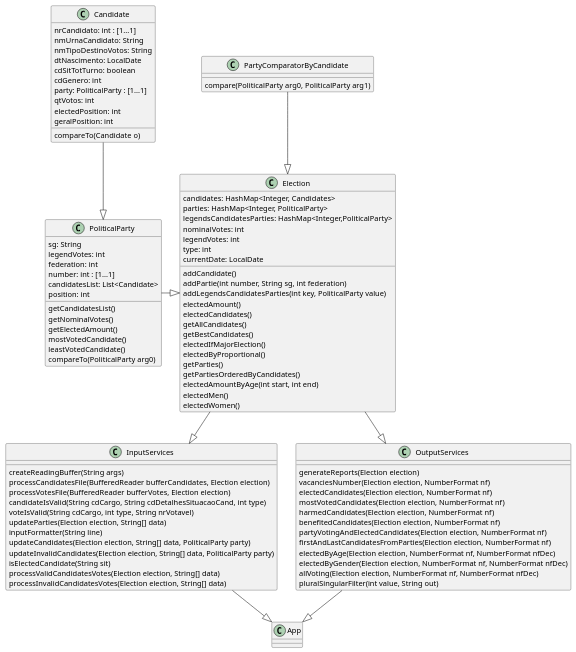
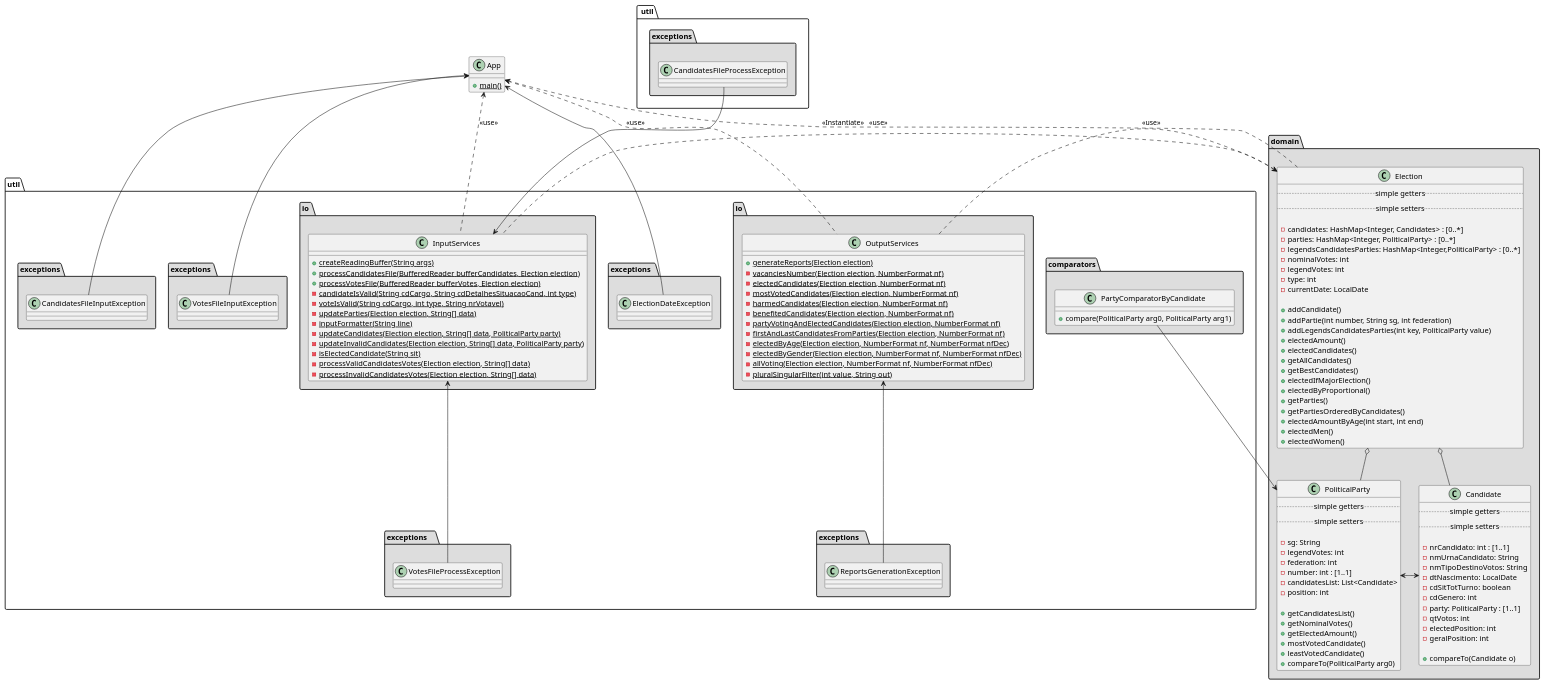
Before and after one commit to vortex2jm/2022-election-analysis: the diagram in uml.puml, drawn with PlantUML.

Commit message:
:memo: updating uml diagram

```diff
--- a/uml.puml
+++ b/uml.puml
@@ -1,105 +1,164 @@
-@startuml electionAnalysis
+@startuml br.ufes.edu.jh.domain
 
-class Candidate{
-    nrCandidato: int : [1...1]
-    nmUrnaCandidato: String
-    nmTipoDestinoVotos: String
-    dtNascimento: LocalDate
-    cdSitTotTurno: boolean
-    cdGenero: int
-    party: PoliticalParty : [1...1]
-    qtVotos: int
-    electedPosition: int
-    geralPosition: int
 
-    compareTo(Candidate o)
+class App{
+    +{static}main()
 }
 
-class Election{
-    candidates: HashMap<Integer, Candidates>
-    parties: HashMap<Integer, PoliticalParty>
-    legendsCandidatesParties: HashMap<Integer,PoliticalParty>
-    nominalVotes: int
-    legendVotes: int
-    type: int
-    currentDate: LocalDate
+package "domain" #DDDDDD{
+    class Candidate{
+    ..simple getters..
+    ..simple setters..
 
-    addCandidate()
-    addPartie(int number, String sg, int federation)
-    addLegendsCandidatesParties(int key, PoliticalParty value)
-    electedAmount()
-    electedCandidates()
-    getAllCandidates()
-    getBestCandidates()
-    electedIfMajorElection()
-    electedByProportional()
-    getParties()
-    getPartiesOrderedByCandidates()
-    electedAmountByAge(int start, int end)
-    electedMen()
-    electedWomen()
+    -nrCandidato: int : [1..1]
+    -nmUrnaCandidato: String
+    -nmTipoDestinoVotos: String
+    -dtNascimento: LocalDate
+    -cdSitTotTurno: boolean
+    -cdGenero: int
+    -party: PoliticalParty : [1..1]
+    -qtVotos: int
+    -electedPosition: int
+    -geralPosition: int
+
+    +compareTo(Candidate o)
+    }
+
+    class Election{
+        ..simple getters..
+        ..simple setters..
+
+        -candidates: HashMap<Integer, Candidates> : [0..*]
+        -parties: HashMap<Integer, PoliticalParty> : [0..*]
+        -legendsCandidatesParties: HashMap<Integer,PoliticalParty> : [0..*]
+        -nominalVotes: int
+        -legendVotes: int
+        -type: int
+        -currentDate: LocalDate
+
+        +addCandidate()
+        +addPartie(int number, String sg, int federation)
+        +addLegendsCandidatesParties(int key, PoliticalParty value)
+        +electedAmount()
+        +electedCandidates()
+        +getAllCandidates()
+        +getBestCandidates()
+        +electedIfMajorElection()
+        +electedByProportional()
+        +getParties()
+        +getPartiesOrderedByCandidates()
+        +electedAmountByAge(int start, int end)
+        +electedMen()
+        +electedWomen()
+    }
+
+    class PoliticalParty{
+        ..simple getters..
+        ..simple setters..
+
+        -sg: String
+        -legendVotes: int
+        -federation: int
+        -number: int : [1..1]
+        -candidatesList: List<Candidate>
+        -position: int
+
+        +getCandidatesList()
+        +getNominalVotes()
+        +getElectedAmount()
+        +mostVotedCandidate()
+        +leastVotedCandidate()
+        +compareTo(PoliticalParty arg0)
+    }
 }
 
-class PoliticalParty{
-    sg: String
-    legendVotes: int
-    federation: int
-    number: int : [1...1]
-    candidatesList: List<Candidate>
-    position: int
-
-    getCandidatesList()
-    getNominalVotes()
-    getElectedAmount()
-    mostVotedCandidate()
-    leastVotedCandidate()
-    compareTo(PoliticalParty arg0)
+package "util.comparators" #DDDDDD{
+    class PartyComparatorByCandidate{
+    +compare(PoliticalParty arg0, PoliticalParty arg1)
+    }
 }
 
-class InputServices{
-    createReadingBuffer(String args)
-    processCandidatesFile(BufferedReader bufferCandidates, Election election)
-    processVotesFile(BufferedReader bufferVotes, Election election)
-    candidateIsValid(String cdCargo, String cdDetalhesSituacaoCand, int type)
-    voteIsValid(String cdCargo, int type, String nrVotavel)
-    updateParties(Election election, String[] data)
-    inputFormatter(String line)
-    updateCandidates(Election election, String[] data, PoliticalParty party)
-    updateInvalidCandidates(Election election, String[] data, PoliticalParty party)
-    isElectedCandidate(String sit)
-    processValidCandidatesVotes(Election election, String[] data)
-    processInvalidCandidatesVotes(Election election, String[] data)
+package "util.io" #DDDDDD{
+    class OutputServices{
+        +{static}generateReports(Election election)
+        -{static}vacanciesNumber(Election election, NumberFormat nf)
+        -{static}electedCandidates(Election election, NumberFormat nf)
+        -{static}mostVotedCandidates(Election election, NumberFormat nf)
+        -{static}harmedCandidates(Election election, NumberFormat nf)
+        -{static}benefitedCandidates(Election election, NumberFormat nf)
+        -{static}partyVotingAndElectedCandidates(Election election, NumberFormat nf)
+        -{static}firstAndLastCandidatesFromParties(Election election, NumberFormat nf)
+        -{static}electedByAge(Election election, NumberFormat nf, NumberFormat nfDec)
+        -{static}electedByGender(Election election, NumberFormat nf, NumberFormat nfDec)
+        -{static}allVoting(Election election, NumberFormat nf, NumberFormat nfDec)
+        -{static}pluralSingularFilter(int value, String out)
+    }
 }
 
-class OutputServices{
-    generateReports(Election election)
-    vacanciesNumber(Election election, NumberFormat nf)
-    electedCandidates(Election election, NumberFormat nf)
-    mostVotedCandidates(Election election, NumberFormat nf)
-    harmedCandidates(Election election, NumberFormat nf)
-    benefitedCandidates(Election election, NumberFormat nf)
-    partyVotingAndElectedCandidates(Election election, NumberFormat nf)
-    firstAndLastCandidatesFromParties(Election election, NumberFormat nf)
-    electedByAge(Election election, NumberFormat nf, NumberFormat nfDec)
-    electedByGender(Election election, NumberFormat nf, NumberFormat nfDec)
-    allVoting(Election election, NumberFormat nf, NumberFormat nfDec)
-    pluralSingularFilter(int value, String out)
+package "util.io " #DDDDDD{
+    class InputServices{
+        +{static}createReadingBuffer(String args)
+        +{static}processCandidatesFile(BufferedReader bufferCandidates, Election election)
+        +{static}processVotesFile(BufferedReader bufferVotes, Election election)
+        -{static}candidateIsValid(String cdCargo, String cdDetalhesSituacaoCand, int type)
+        -{static}voteIsValid(String cdCargo, int type, String nrVotavel)
+        -{static}updateParties(Election election, String[] data)
+        -{static}inputFormatter(String line)
+        -{static}updateCandidates(Election election, String[] data, PoliticalParty party)
+        -{static}updateInvalidCandidates(Election election, String[] data, PoliticalParty party)
+        -{static}isElectedCandidate(String sit)
+        -{static}processValidCandidatesVotes(Election election, String[] data)
+        -{static}processInvalidCandidatesVotes(Election election, String[] data)
+    }
 }
 
-class PartyComparatorByCandidate{
-    compare(PoliticalParty arg0, PoliticalParty arg1)
+package "util.exceptions" #DDDDDD{
+    class CandidatesFileInputException
 }
 
-class App
+package "util.exceptions " #DDDDDD{
+    class VotesFileInputException
+}
 
-Candidate --|> PoliticalParty
-PoliticalParty -|> Election
-PartyComparatorByCandidate --|> Election
+package "util.exceptions  " #DDDDDD{
+    class ElectionDateException
+}
 
-Election --|> InputServices
-Election --|> OutputServices
+package "util.exceptions   " #DDDDDD{
+    class ReportsGenerationException
+}
 
-InputServices --|> App
-OutputServices --|> App
+package "util.exceptions    " #DDDDDD{
+    class VotesFileProcessException
+}
+
+package " util.exceptions" #DDDDDD{
+    class CandidatesFileProcessException
+}
+
+App <.down. Election: <<Instantiate>>
+
+Election  <.left. OutputServices: <<use>>
+Election  <.right.InputServices: <<use>>
+
+App <.. InputServices: <<use>>
+App  <.. OutputServices: <<use>>
+
+Election o-- PoliticalParty
+Election o-- Candidate
+
+Candidate <-right-> PoliticalParty
+
+PoliticalParty <-down- PartyComparatorByCandidate
+
+App <-right- CandidatesFileInputException
+App <-left- VotesFileInputException
+App <-up- ElectionDateException
+
+OutputServices <-down- ReportsGenerationException
+
+InputServices  <-down- VotesFileProcessException
+InputServices <-up- CandidatesFileProcessException
+
 
 @enduml
```
